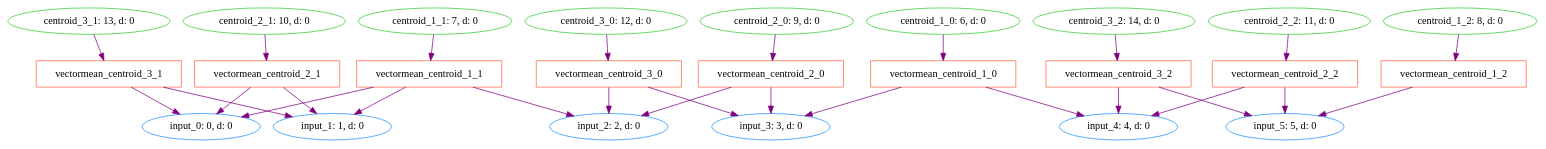
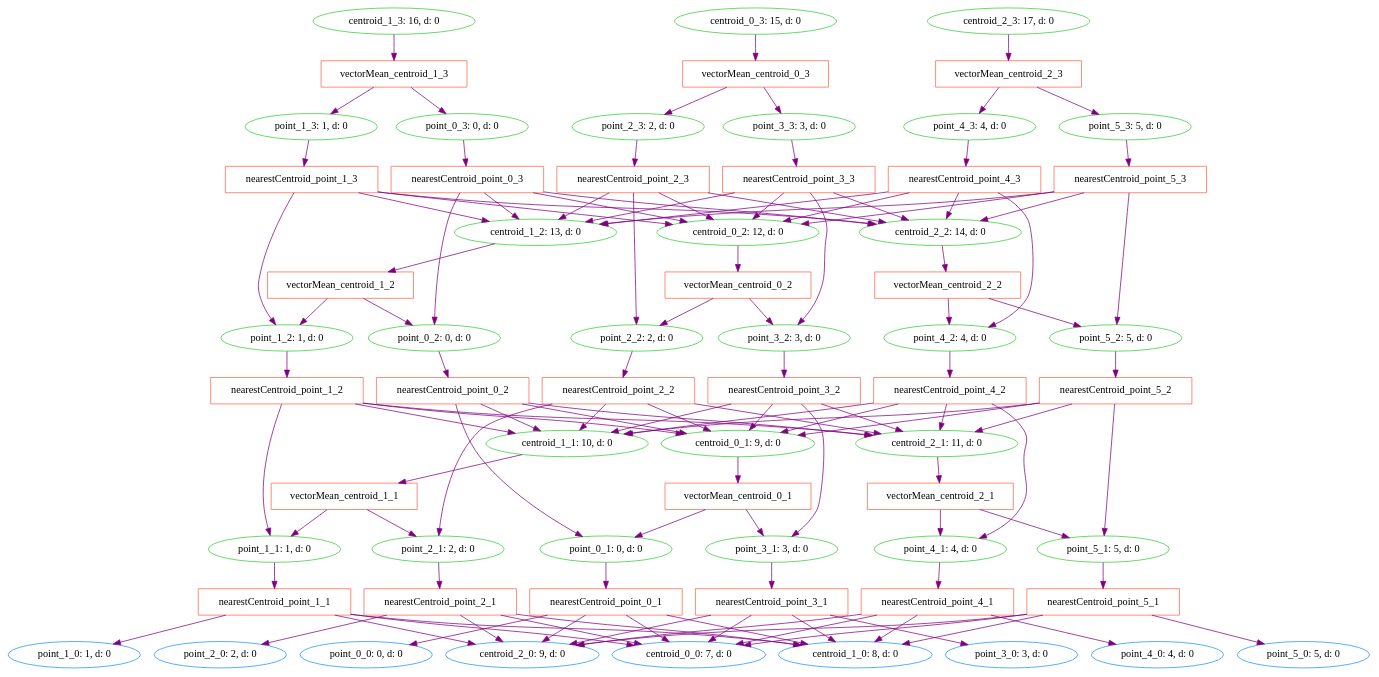
One commit to milliondegree/PXAI changed the diagram in data/toy-kmeans/cprov/test.dot. Above: the diagram before and after it, drawn with Graphviz. The commit also changed 7 other files, not shown here.

```diff
--- a/data/toy-kmeans/cprov/test.dot
+++ b/data/toy-kmeans/cprov/test.dot
@@ -1,80 +1,299 @@
 digraph G {
-0 [label="input_0: 0, d: 0", shape=oval, color=dodgerblue];
-1 [label="input_1: 1, d: 0", shape=oval, color=dodgerblue];
-2 [label="input_2: 2, d: 0", shape=oval, color=dodgerblue];
-3 [label="input_3: 3, d: 0", shape=oval, color=dodgerblue];
-4 [label="input_4: 4, d: 0", shape=oval, color=dodgerblue];
-5 [label="input_5: 5, d: 0", shape=oval, color=dodgerblue];
-6 [label="centroid_1_0: 6, d: 0", shape=oval, color=limegreen];
-7 [label="vectormean_centroid_1_0", shape=box, color=tomato];
-8 [label="centroid_1_1: 7, d: 0", shape=oval, color=limegreen];
-9 [label="vectormean_centroid_1_1", shape=box, color=tomato];
-10 [label="centroid_1_2: 8, d: 0", shape=oval, color=limegreen];
-11 [label="vectormean_centroid_1_2", shape=box, color=tomato];
-12 [label="centroid_2_0: 9, d: 0", shape=oval, color=limegreen];
-13 [label="vectormean_centroid_2_0", shape=box, color=tomato];
-14 [label="centroid_2_1: 10, d: 0", shape=oval, color=limegreen];
-15 [label="vectormean_centroid_2_1", shape=box, color=tomato];
-16 [label="centroid_2_2: 11, d: 0", shape=oval, color=limegreen];
-17 [label="vectormean_centroid_2_2", shape=box, color=tomato];
-18 [label="centroid_3_0: 12, d: 0", shape=oval, color=limegreen];
-19 [label="vectormean_centroid_3_0", shape=box, color=tomato];
-20 [label="centroid_3_1: 13, d: 0", shape=oval, color=limegreen];
-21 [label="vectormean_centroid_3_1", shape=box, color=tomato];
-22 [label="centroid_3_2: 14, d: 0", shape=oval, color=limegreen];
-23 [label="vectormean_centroid_3_2", shape=box, color=tomato];
-6->7  [color=purple]
+0 [label="point_0_0: 0, d: 0", shape=oval, color=dodgerblue];
+1 [label="point_1_0: 1, d: 0", shape=oval, color=dodgerblue];
+2 [label="point_2_0: 2, d: 0", shape=oval, color=dodgerblue];
+3 [label="point_3_0: 3, d: 0", shape=oval, color=dodgerblue];
+4 [label="point_4_0: 4, d: 0", shape=oval, color=dodgerblue];
+5 [label="point_5_0: 5, d: 0", shape=oval, color=dodgerblue];
+6 [label="centroid_0_0: 7, d: 0", shape=oval, color=dodgerblue];
+7 [label="centroid_1_0: 8, d: 0", shape=oval, color=dodgerblue];
+8 [label="centroid_2_0: 9, d: 0", shape=oval, color=dodgerblue];
+9 [label="point_0_1: 0, d: 0", shape=oval, color=limegreen];
+10 [label="nearestCentroid_point_0_1", shape=box, color=tomato];
+11 [label="point_1_1: 1, d: 0", shape=oval, color=limegreen];
+12 [label="nearestCentroid_point_1_1", shape=box, color=tomato];
+13 [label="point_2_1: 2, d: 0", shape=oval, color=limegreen];
+14 [label="nearestCentroid_point_2_1", shape=box, color=tomato];
+15 [label="point_3_1: 3, d: 0", shape=oval, color=limegreen];
+16 [label="nearestCentroid_point_3_1", shape=box, color=tomato];
+17 [label="point_4_1: 4, d: 0", shape=oval, color=limegreen];
+18 [label="nearestCentroid_point_4_1", shape=box, color=tomato];
+19 [label="point_5_1: 5, d: 0", shape=oval, color=limegreen];
+20 [label="nearestCentroid_point_5_1", shape=box, color=tomato];
+21 [label="centroid_0_1: 9, d: 0", shape=oval, color=limegreen];
+22 [label="vectorMean_centroid_0_1", shape=box, color=tomato];
+23 [label="centroid_1_1: 10, d: 0", shape=oval, color=limegreen];
+24 [label="vectorMean_centroid_1_1", shape=box, color=tomato];
+25 [label="centroid_2_1: 11, d: 0", shape=oval, color=limegreen];
+26 [label="vectorMean_centroid_2_1", shape=box, color=tomato];
+27 [label="point_0_2: 0, d: 0", shape=oval, color=limegreen];
+28 [label="nearestCentroid_point_0_2", shape=box, color=tomato];
+29 [label="point_1_2: 1, d: 0", shape=oval, color=limegreen];
+30 [label="nearestCentroid_point_1_2", shape=box, color=tomato];
+31 [label="point_2_2: 2, d: 0", shape=oval, color=limegreen];
+32 [label="nearestCentroid_point_2_2", shape=box, color=tomato];
+33 [label="point_3_2: 3, d: 0", shape=oval, color=limegreen];
+34 [label="nearestCentroid_point_3_2", shape=box, color=tomato];
+35 [label="point_4_2: 4, d: 0", shape=oval, color=limegreen];
+36 [label="nearestCentroid_point_4_2", shape=box, color=tomato];
+37 [label="point_5_2: 5, d: 0", shape=oval, color=limegreen];
+38 [label="nearestCentroid_point_5_2", shape=box, color=tomato];
+39 [label="centroid_0_2: 12, d: 0", shape=oval, color=limegreen];
+40 [label="vectorMean_centroid_0_2", shape=box, color=tomato];
+41 [label="centroid_1_2: 13, d: 0", shape=oval, color=limegreen];
+42 [label="vectorMean_centroid_1_2", shape=box, color=tomato];
+43 [label="centroid_2_2: 14, d: 0", shape=oval, color=limegreen];
+44 [label="vectorMean_centroid_2_2", shape=box, color=tomato];
+45 [label="point_0_3: 0, d: 0", shape=oval, color=limegreen];
+46 [label="nearestCentroid_point_0_3", shape=box, color=tomato];
+47 [label="point_1_3: 1, d: 0", shape=oval, color=limegreen];
+48 [label="nearestCentroid_point_1_3", shape=box, color=tomato];
+49 [label="point_2_3: 2, d: 0", shape=oval, color=limegreen];
+50 [label="nearestCentroid_point_2_3", shape=box, color=tomato];
+51 [label="point_3_3: 3, d: 0", shape=oval, color=limegreen];
+52 [label="nearestCentroid_point_3_3", shape=box, color=tomato];
+53 [label="point_4_3: 4, d: 0", shape=oval, color=limegreen];
+54 [label="nearestCentroid_point_4_3", shape=box, color=tomato];
+55 [label="point_5_3: 5, d: 0", shape=oval, color=limegreen];
+56 [label="nearestCentroid_point_5_3", shape=box, color=tomato];
+57 [label="centroid_0_3: 15, d: 0", shape=oval, color=limegreen];
+58 [label="vectorMean_centroid_0_3", shape=box, color=tomato];
+59 [label="centroid_1_3: 16, d: 0", shape=oval, color=limegreen];
+60 [label="vectorMean_centroid_1_3", shape=box, color=tomato];
+61 [label="centroid_2_3: 17, d: 0", shape=oval, color=limegreen];
+62 [label="vectorMean_centroid_2_3", shape=box, color=tomato];
+9->10  [color=purple]
  [label=""];
-7->3  [color=purple]
+10->6  [color=purple]
  [label=""];
-7->4  [color=purple]
+10->7  [color=purple]
  [label=""];
-8->9  [color=purple]
+10->8  [color=purple]
  [label=""];
-9->0  [color=purple]
+10->0  [color=purple]
  [label=""];
-9->1  [color=purple]
+11->12  [color=purple]
  [label=""];
-9->2  [color=purple]
+12->6  [color=purple]
  [label=""];
-10->11  [color=purple]
+12->7  [color=purple]
  [label=""];
-11->5  [color=purple]
+12->8  [color=purple]
  [label=""];
-12->13  [color=purple]
+12->1  [color=purple]
  [label=""];
-13->2  [color=purple]
+13->14  [color=purple]
  [label=""];
-13->3  [color=purple]
+14->6  [color=purple]
  [label=""];
-14->15  [color=purple]
+14->7  [color=purple]
  [label=""];
-15->0  [color=purple]
+14->8  [color=purple]
  [label=""];
-15->1  [color=purple]
+14->2  [color=purple]
  [label=""];
-16->17  [color=purple]
+15->16  [color=purple]
  [label=""];
-17->4  [color=purple]
+16->6  [color=purple]
  [label=""];
-17->5  [color=purple]
+16->7  [color=purple]
  [label=""];
-18->19  [color=purple]
+16->8  [color=purple]
  [label=""];
-19->2  [color=purple]
+16->3  [color=purple]
  [label=""];
-19->3  [color=purple]
+17->18  [color=purple]
  [label=""];
-20->21  [color=purple]
+18->6  [color=purple]
  [label=""];
-21->0  [color=purple]
+18->7  [color=purple]
  [label=""];
-21->1  [color=purple]
+18->8  [color=purple]
  [label=""];
-22->23  [color=purple]
+18->4  [color=purple]
  [label=""];
-23->4  [color=purple]
+19->20  [color=purple]
  [label=""];
-23->5  [color=purple]
+20->6  [color=purple]
+ [label=""];
+20->7  [color=purple]
+ [label=""];
+20->8  [color=purple]
+ [label=""];
+20->5  [color=purple]
+ [label=""];
+21->22  [color=purple]
+ [label=""];
+22->9  [color=purple]
+ [label=""];
+22->15  [color=purple]
+ [label=""];
+23->24  [color=purple]
+ [label=""];
+24->11  [color=purple]
+ [label=""];
+24->13  [color=purple]
+ [label=""];
+25->26  [color=purple]
+ [label=""];
+26->17  [color=purple]
+ [label=""];
+26->19  [color=purple]
+ [label=""];
+27->28  [color=purple]
+ [label=""];
+28->21  [color=purple]
+ [label=""];
+28->23  [color=purple]
+ [label=""];
+28->25  [color=purple]
+ [label=""];
+28->9  [color=purple]
+ [label=""];
+29->30  [color=purple]
+ [label=""];
+30->21  [color=purple]
+ [label=""];
+30->23  [color=purple]
+ [label=""];
+30->25  [color=purple]
+ [label=""];
+30->11  [color=purple]
+ [label=""];
+31->32  [color=purple]
+ [label=""];
+32->21  [color=purple]
+ [label=""];
+32->23  [color=purple]
+ [label=""];
+32->25  [color=purple]
+ [label=""];
+32->13  [color=purple]
+ [label=""];
+33->34  [color=purple]
+ [label=""];
+34->21  [color=purple]
+ [label=""];
+34->23  [color=purple]
+ [label=""];
+34->25  [color=purple]
+ [label=""];
+34->15  [color=purple]
+ [label=""];
+35->36  [color=purple]
+ [label=""];
+36->21  [color=purple]
+ [label=""];
+36->23  [color=purple]
+ [label=""];
+36->25  [color=purple]
+ [label=""];
+36->17  [color=purple]
+ [label=""];
+37->38  [color=purple]
+ [label=""];
+38->21  [color=purple]
+ [label=""];
+38->23  [color=purple]
+ [label=""];
+38->25  [color=purple]
+ [label=""];
+38->19  [color=purple]
+ [label=""];
+39->40  [color=purple]
+ [label=""];
+40->31  [color=purple]
+ [label=""];
+40->33  [color=purple]
+ [label=""];
+41->42  [color=purple]
+ [label=""];
+42->27  [color=purple]
+ [label=""];
+42->29  [color=purple]
+ [label=""];
+43->44  [color=purple]
+ [label=""];
+44->35  [color=purple]
+ [label=""];
+44->37  [color=purple]
+ [label=""];
+45->46  [color=purple]
+ [label=""];
+46->39  [color=purple]
+ [label=""];
+46->41  [color=purple]
+ [label=""];
+46->43  [color=purple]
+ [label=""];
+46->27  [color=purple]
+ [label=""];
+47->48  [color=purple]
+ [label=""];
+48->39  [color=purple]
+ [label=""];
+48->41  [color=purple]
+ [label=""];
+48->43  [color=purple]
+ [label=""];
+48->29  [color=purple]
+ [label=""];
+49->50  [color=purple]
+ [label=""];
+50->39  [color=purple]
+ [label=""];
+50->41  [color=purple]
+ [label=""];
+50->43  [color=purple]
+ [label=""];
+50->31  [color=purple]
+ [label=""];
+51->52  [color=purple]
+ [label=""];
+52->39  [color=purple]
+ [label=""];
+52->41  [color=purple]
+ [label=""];
+52->43  [color=purple]
+ [label=""];
+52->33  [color=purple]
+ [label=""];
+53->54  [color=purple]
+ [label=""];
+54->39  [color=purple]
+ [label=""];
+54->41  [color=purple]
+ [label=""];
+54->43  [color=purple]
+ [label=""];
+54->35  [color=purple]
+ [label=""];
+55->56  [color=purple]
+ [label=""];
+56->39  [color=purple]
+ [label=""];
+56->41  [color=purple]
+ [label=""];
+56->43  [color=purple]
+ [label=""];
+56->37  [color=purple]
+ [label=""];
+57->58  [color=purple]
+ [label=""];
+58->49  [color=purple]
+ [label=""];
+58->51  [color=purple]
+ [label=""];
+59->60  [color=purple]
+ [label=""];
+60->45  [color=purple]
+ [label=""];
+60->47  [color=purple]
+ [label=""];
+61->62  [color=purple]
+ [label=""];
+62->53  [color=purple]
+ [label=""];
+62->55  [color=purple]
  [label=""];
 }
```
